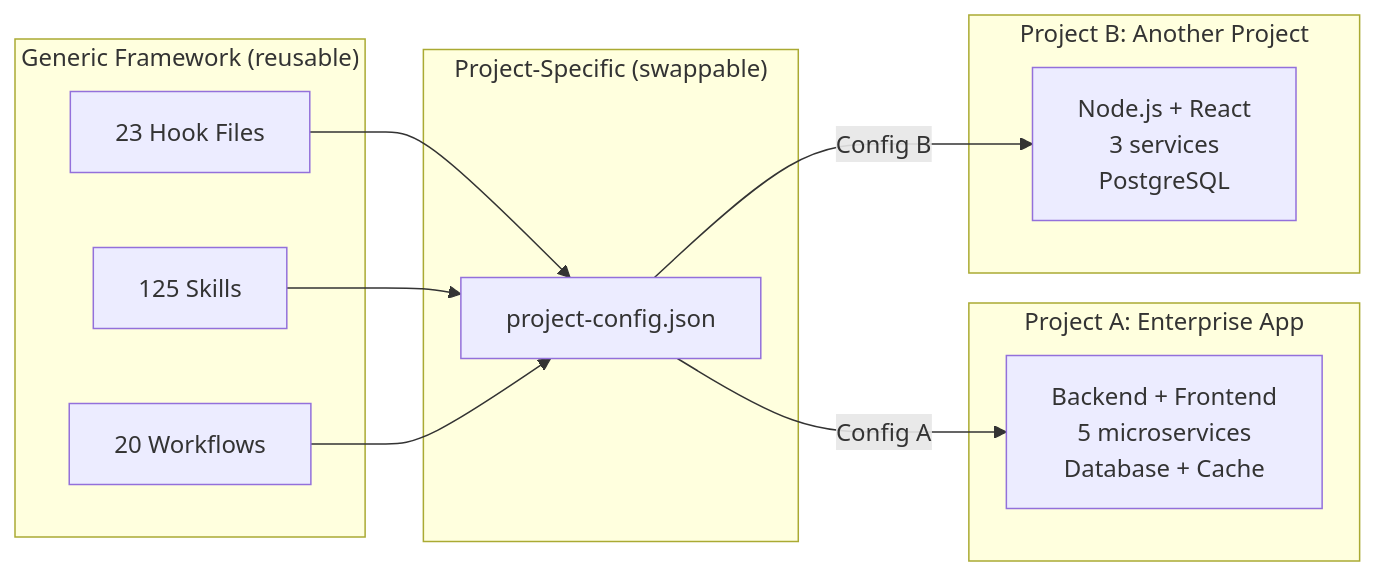
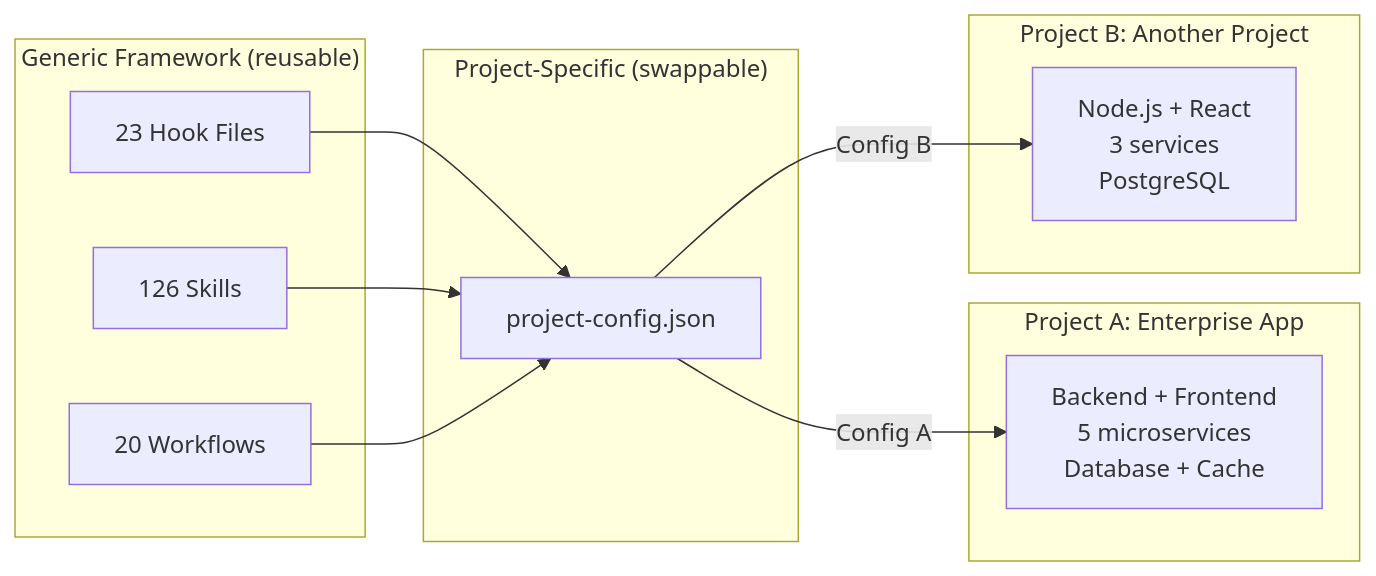
The eighth of 20 diagrams in .claude/docs/claude-ai-agent-framework-guide.md (duc01226/easy-claude), drawn with Mermaid before and after one commit. The commit also changed other lines of this file and 122 other files, not shown here.

````diff
--- a/.claude/docs/claude-ai-agent-framework-guide.md
+++ b/.claude/docs/claude-ai-agent-framework-guide.md
@@ -918,24 +918,24 @@
 ```mermaid
 graph LR
     subgraph "Generic Framework (reusable)"
         H[23 Hook Files]
-        S[125 Skills]
+        S[126 Skills]
         W[20 Workflows]
     end
 
     subgraph "Project-Specific (swappable)"
         PC[project-config.json]
     end
 
     subgraph "Project A: Enterprise App"
         PA[Backend + Frontend<br/>5 microservices<br/>Database + Cache]
     end
 
     subgraph "Project B: Another Project"
         PB[Node.js + React<br/>3 services<br/>PostgreSQL]
     end
 
     H & S & W --> PC
     PC -->|Config A| PA
     PC -->|Config B| PB
 ```
````
